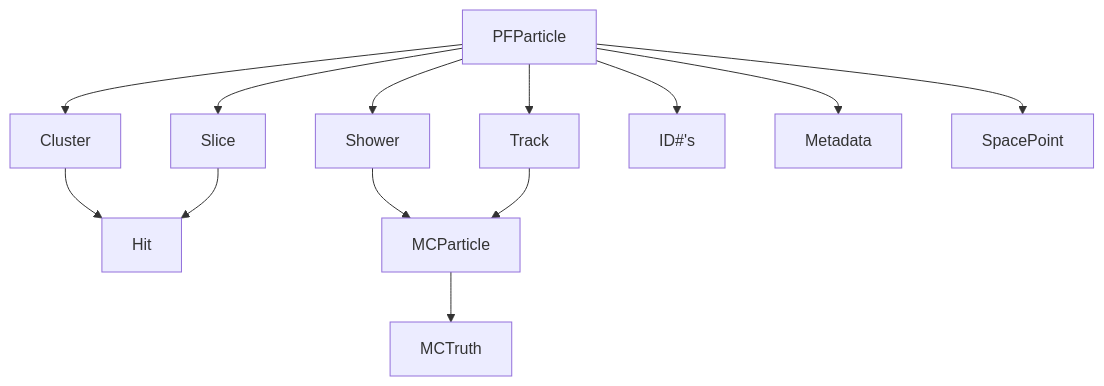
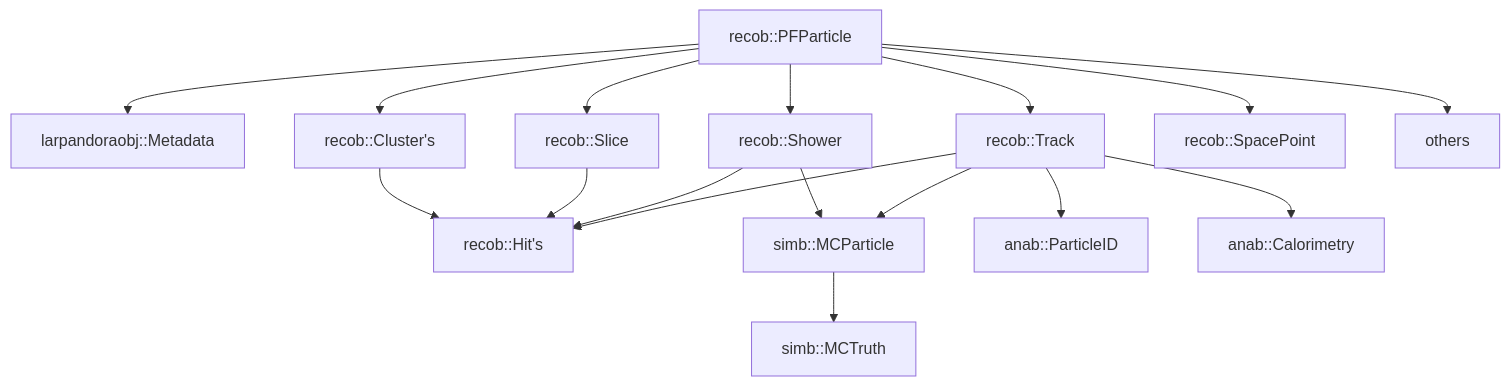
One commit to SBNSoftware/sbncode changed the fifth of 5 diagrams in sbncode/SinglePhotonAnalysis/README.md. Above: the diagram before and after it, drawn with Mermaid. The commit also changed other lines of this file and 14 other files, not shown here.

````diff
--- a/sbncode/SinglePhotonAnalysis/README.md
+++ b/sbncode/SinglePhotonAnalysis/README.md
@@ -115,17 +135,32 @@
 ```mermaid
 graph TD
-PF[PFParticle];T[Track];Sh[Shower];
-H[Hit]; C[Cluster]; S[Slice];MCT[MCTruth];MCP[MCParticle];ID[ID#'s];M[Metadata];SP[SpacePoint];
-PF-->ID;
+PF[recob::PFParticle];
+M[larpandoraobj::Metadata];
+T[recob::Track];
+Sh[recob::Shower];
+H[recob::Hit's]; 
+C[recob::Cluster's];   
+S[recob::Slice];
+MCT[simb::MCTruth];
+MCP[simb::MCParticle];
+PID[anab::ParticleID];
+Cal[anab::Calorimetry];
+SP[recob::SpacePoint];
+ID[others];
 PF-->M;
 PF-->SP;
+PF-->ID;
 PF-->C;
 C-->H;
 PF-->Sh;
 PF-->T;
+T-->PID;
+T-->Cal;
 PF-->S;
 S-->H;
 Sh-->MCP;
 T-->MCP;
 MCP-->MCT;
+Sh-->H;
+T-->H;
 ```
````
